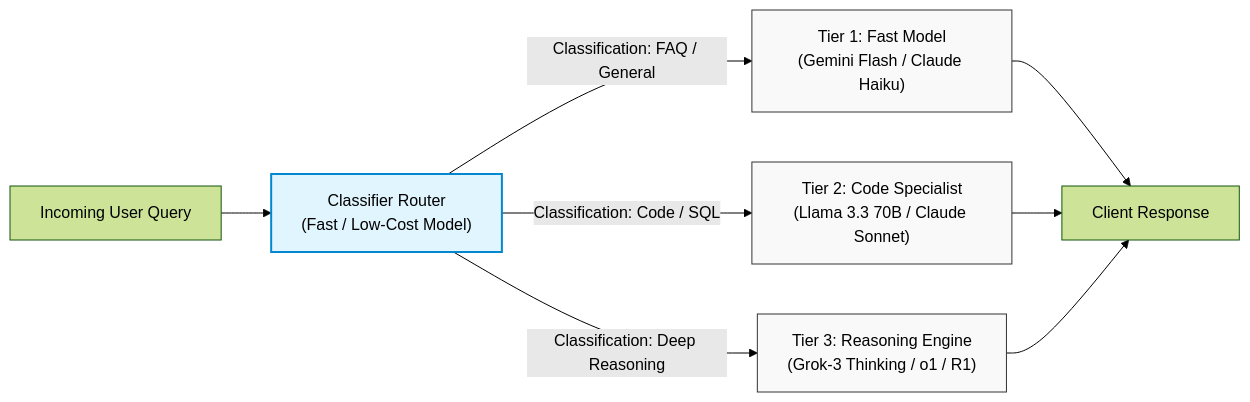
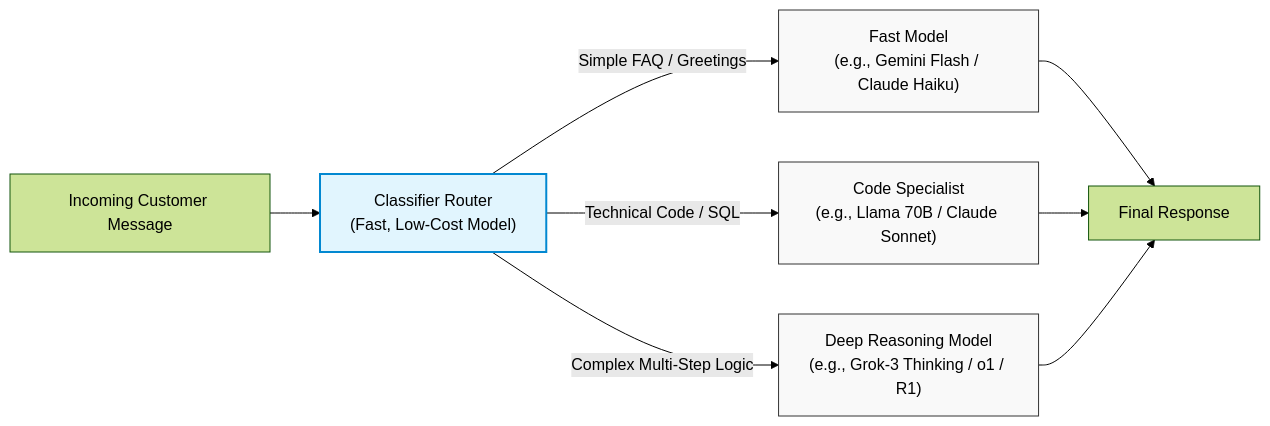
Before and after one commit to dip4k/senior-engineer-to-ai-engineer-roadmap: the fifth of 8 diagrams in 04-agentic-systems-and-orchestration/01-workflows-vs-agents-and-orchestration-patterns.md, drawn with Mermaid (forest theme). The commit also changed other lines of this file and 11 other files, not shown here.

````diff
--- a/04-agentic-systems-and-orchestration/01-workflows-vs-agents-and-orchestration-patterns.md
+++ b/04-agentic-systems-and-orchestration/01-workflows-vs-agents-and-orchestration-patterns.md
@@ -203,15 +197,15 @@
 ```mermaid
 flowchart LR
     classDef router fill:#e1f5fe,stroke:#0288d1,stroke-width:2px;
     classDef worker fill:#f9f9f9,stroke:#333,stroke-width:1px;
 
-    In["Incoming User Query"] --> Router["Classifier Router\n(Fast / Low-Cost Model)"]:::router
+    In["Incoming Customer Message"] --> Router["Classifier Router\n(Fast, Low-Cost Model)"]:::router
     
-    Router -->|"Classification: FAQ / General"| Fast["Tier 1: Fast Model\n(Gemini Flash / Claude Haiku)"]:::worker
-    Router -->|"Classification: Code / SQL"| CodeMod["Tier 2: Code Specialist\n(Llama 3.3 70B / Claude Sonnet)"]:::worker
-    Router -->|"Classification: Deep Reasoning"| Frontier["Tier 3: Reasoning Engine\n(Grok-3 Thinking / o1 / R1)"]:::worker
+    Router -->|"Simple FAQ / Greetings"| Fast["Fast Model\n(e.g., Gemini Flash / Claude Haiku)"]:::worker
+    Router -->|"Technical Code / SQL"| CodeMod["Code Specialist\n(e.g., Llama 70B / Claude Sonnet)"]:::worker
+    Router -->|"Complex Multi-Step Logic"| DeepMod["Deep Reasoning Model\n(e.g., Grok-3 Thinking / o1 / R1)"]:::worker
 
-    Fast --> Out["Client Response"]
+    Fast --> Out["Final Response"]
     CodeMod --> Out
-    Frontier --> Out
+    DeepMod --> Out
 ```
````
